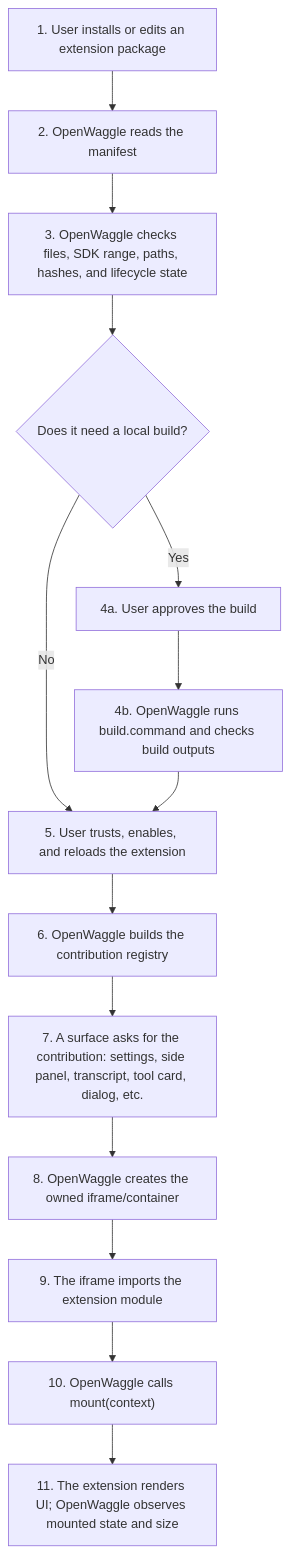
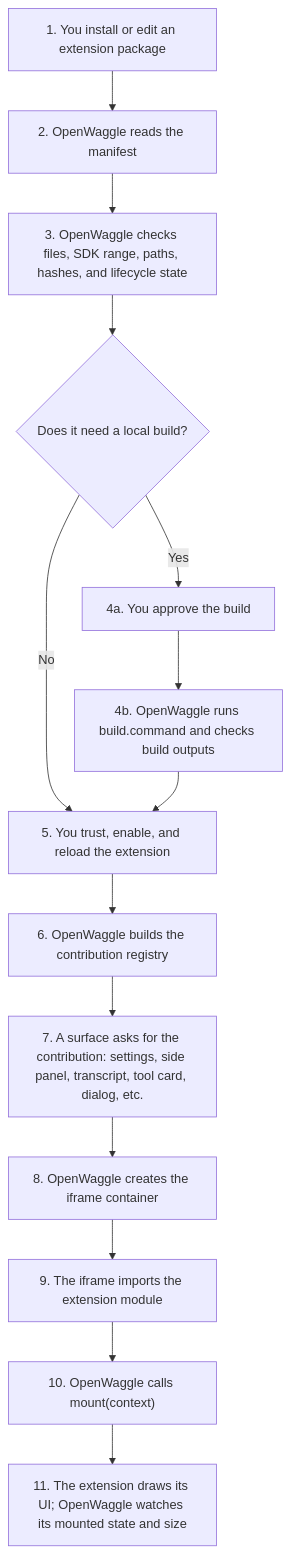
Before and after one commit to OpenWaggle/OpenWaggle: the first of 2 diagrams in website/src/content/docs/extending/openwaggle-extensions.md, drawn with Mermaid. The commit also changed other lines of this file and 10 other files, not shown here.

Commit message:
docs(website): rewrite the developer docs in plain English and split the extension guide into a guide, a Session Summary guide and a manifest reference

````diff
--- a/website/src/content/docs/extending/openwaggle-extensions.md
+++ b/website/src/content/docs/extending/openwaggle-extensions.md
@@ -409,16 +248,16 @@
 ```mermaid
 flowchart TD
-  A["1. User installs or edits an extension package"] --> B["2. OpenWaggle reads the manifest"]
+  A["1. You install or edit an extension package"] --> B["2. OpenWaggle reads the manifest"]
   B --> C["3. OpenWaggle checks files, SDK range, paths, hashes, and lifecycle state"]
   C --> D{"Does it need a local build?"}
-  D -- "Yes" --> E["4a. User approves the build"]
+  D -- "Yes" --> E["4a. You approve the build"]
   E --> F["4b. OpenWaggle runs build.command and checks build outputs"]
-  D -- "No" --> G["5. User trusts, enables, and reloads the extension"]
+  D -- "No" --> G["5. You trust, enable, and reload the extension"]
   F --> G
   G --> H["6. OpenWaggle builds the contribution registry"]
   H --> I["7. A surface asks for the contribution: settings, side panel, transcript, tool card, dialog, etc."]
-  I --> J["8. OpenWaggle creates the owned iframe/container"]
+  I --> J["8. OpenWaggle creates the iframe container"]
   J --> K["9. The iframe imports the extension module"]
   K --> L["10. OpenWaggle calls mount(context)"]
-  L --> M["11. The extension renders UI; OpenWaggle observes mounted state and size"]
+  L --> M["11. The extension draws its UI; OpenWaggle watches its mounted state and size"]
 ```
````
